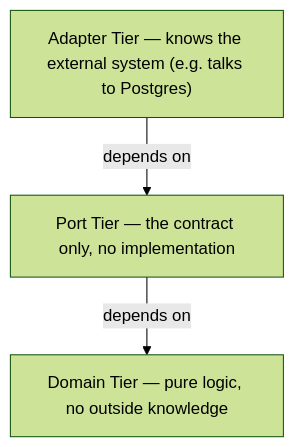
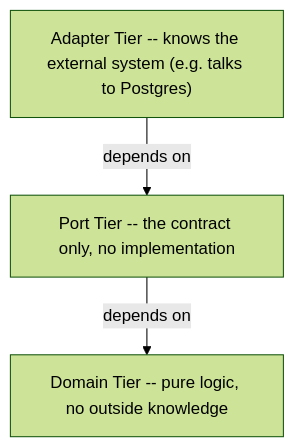
Before and after one commit to BinaryBand/adrift: the fourth of 4 diagrams in docs/DESIGN.md, drawn with Mermaid (forest theme). The commit also changed other lines of this file and 125 other files, not shown here.

````diff
--- a/docs/DESIGN.md
+++ b/docs/DESIGN.md
@@ -177,8 +177,8 @@
 ```mermaid
 flowchart TD
-    A["Adapter Tier — knows the external system (e.g. talks to Postgres)"]
-    P["Port Tier — the contract only, no implementation"]
-    D["Domain Tier — pure logic, no outside knowledge"]
+    A["Adapter Tier -- knows the external system (e.g. talks to Postgres)"]
+    P["Port Tier -- the contract only, no implementation"]
+    D["Domain Tier -- pure logic, no outside knowledge"]
     A -->|"depends on"| P
     P -->|"depends on"| D
 ```
````
